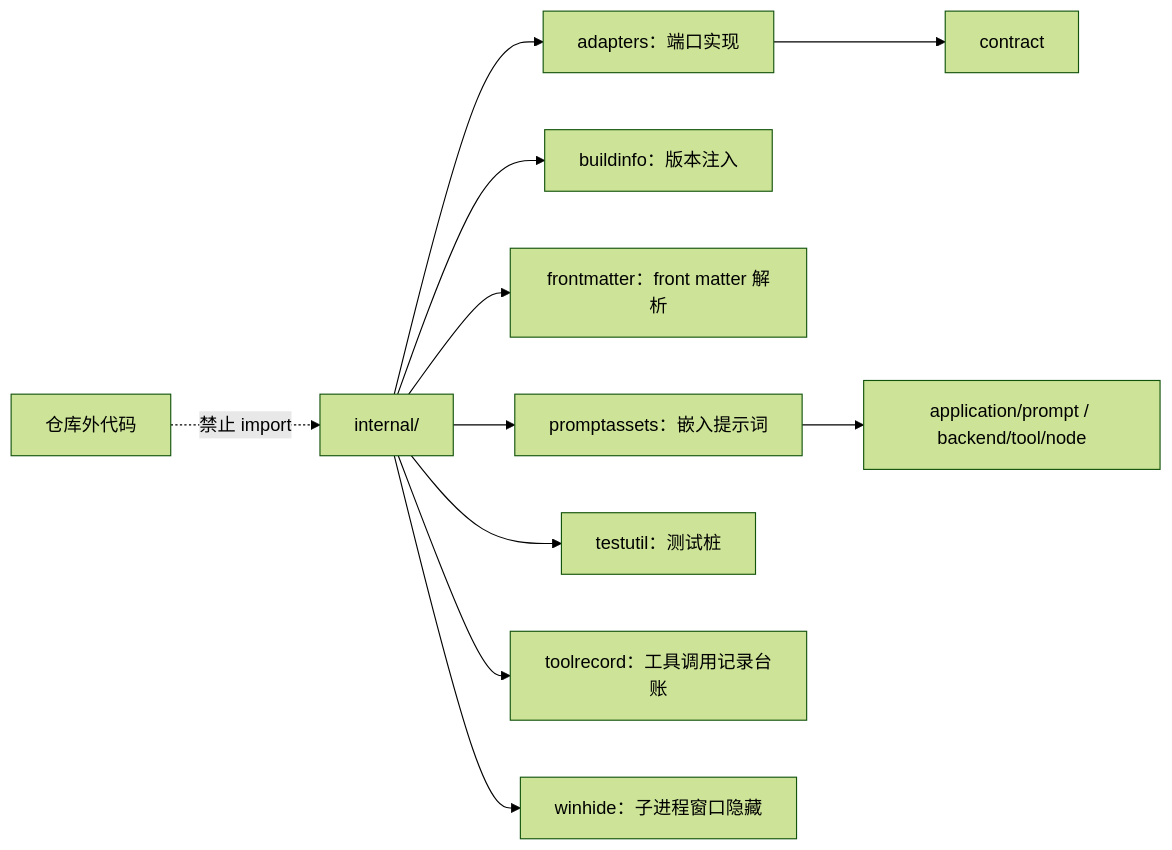
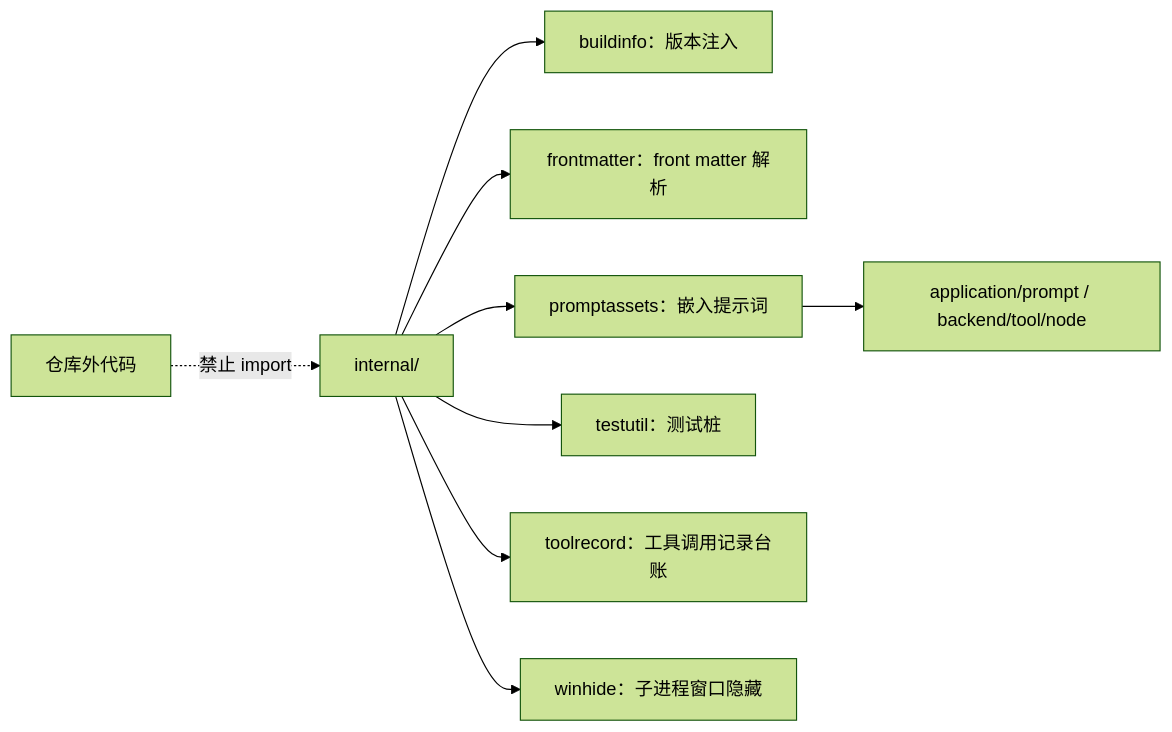
Before and after one commit to RedHuang-0622/seelex: the diagram in internal/README.md, drawn with Mermaid (forest theme). The commit also changed other lines of this file and 79 other files, not shown here.

First line of the commit message:
refactor(arch): M5-R1 internal/adapters 归位 wiring/adapters（plan §2.10）

````diff
--- a/internal/README.md
+++ b/internal/README.md
@@ -21,13 +20,11 @@
 ```mermaid
 flowchart LR
     OUT["仓库外代码"] -.->|禁止 import| INTERNAL["internal/"]
-    INTERNAL --> A["adapters：端口实现"]
     INTERNAL --> B["buildinfo：版本注入"]
     INTERNAL --> F["frontmatter：front matter 解析"]
     INTERNAL --> P["promptassets：嵌入提示词"]
     INTERNAL --> T["testutil：测试桩"]
     INTERNAL --> M["toolrecord：工具调用记录台账"]
     INTERNAL --> W["winhide：子进程窗口隐藏"]
-    A --> APP["contract"]
     P --> PROMPT["application/prompt / backend/tool/node"]
 ```
````
